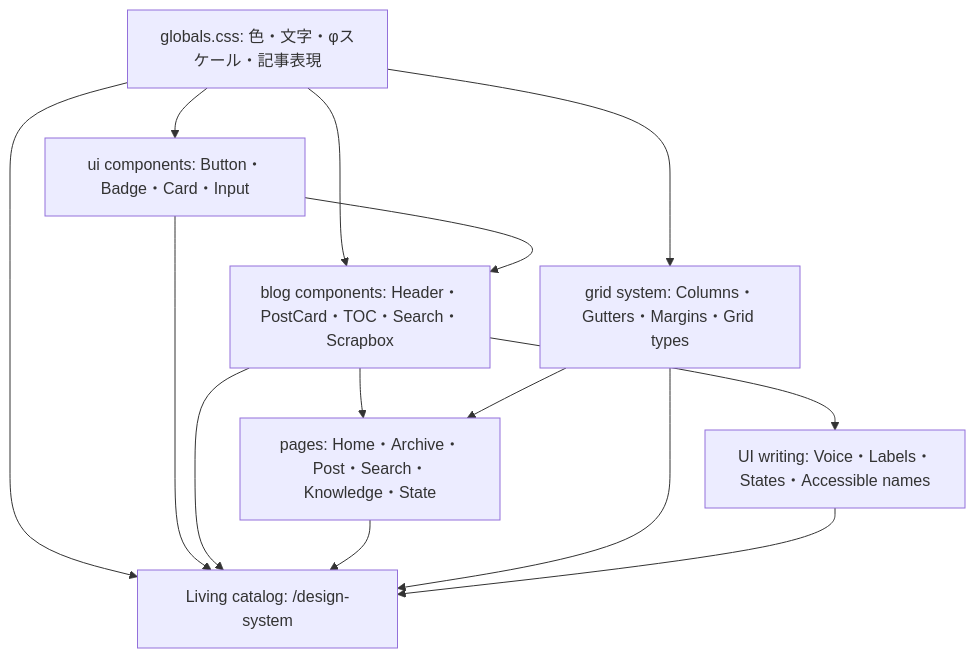
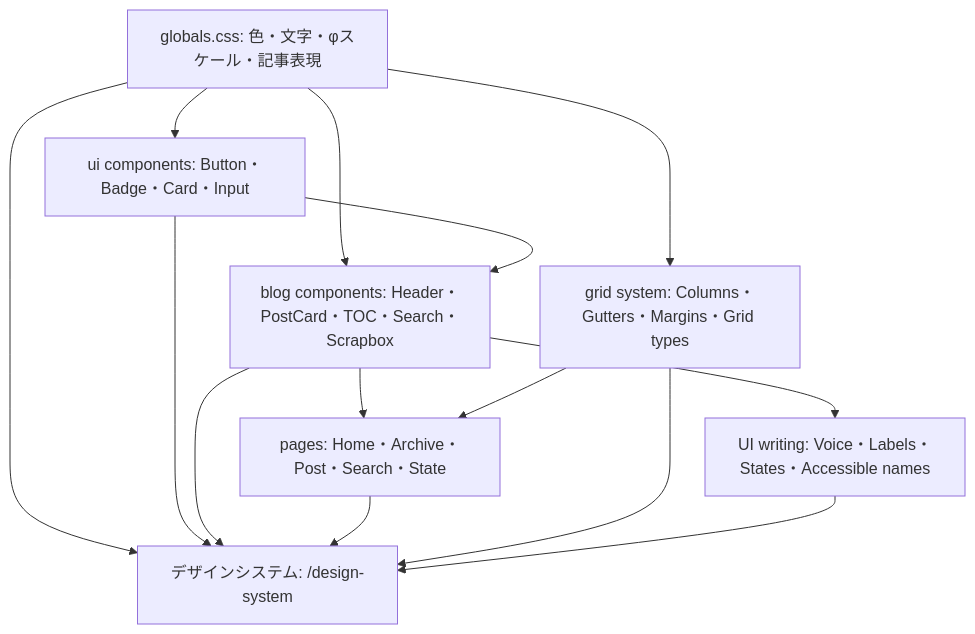
Before and after one commit to KJR020/kjr020.github.io: the diagram in docs/blog-design-system.md, drawn with Mermaid. The commit also changed other lines of this file and 41 other files, not shown here.

````diff
--- a/docs/blog-design-system.md
+++ b/docs/blog-design-system.md
@@ -7,24 +7,24 @@
 ```mermaid
 graph TB
     G["globals.css: 色・文字・φスケール・記事表現"]
     U["ui components: Button・Badge・Card・Input"]
     B["blog components: Header・PostCard・TOC・Search・Scrapbox"]
-    P["pages: Home・Archive・Post・Search・Knowledge・State"]
+    P["pages: Home・Archive・Post・Search・State"]
     L["grid system: Columns・Gutters・Margins・Grid types"]
     W["UI writing: Voice・Labels・States・Accessible names"]
-    S["Living catalog: /design-system"]
+    S["デザインシステム: /design-system"]
 
     G --> U
     G --> B
     U --> B
     B --> P
     G --> L
     L --> P
     B --> W
     G --> S
     U --> S
     B --> S
     P --> S
     L --> S
     W --> S
 ```
````
